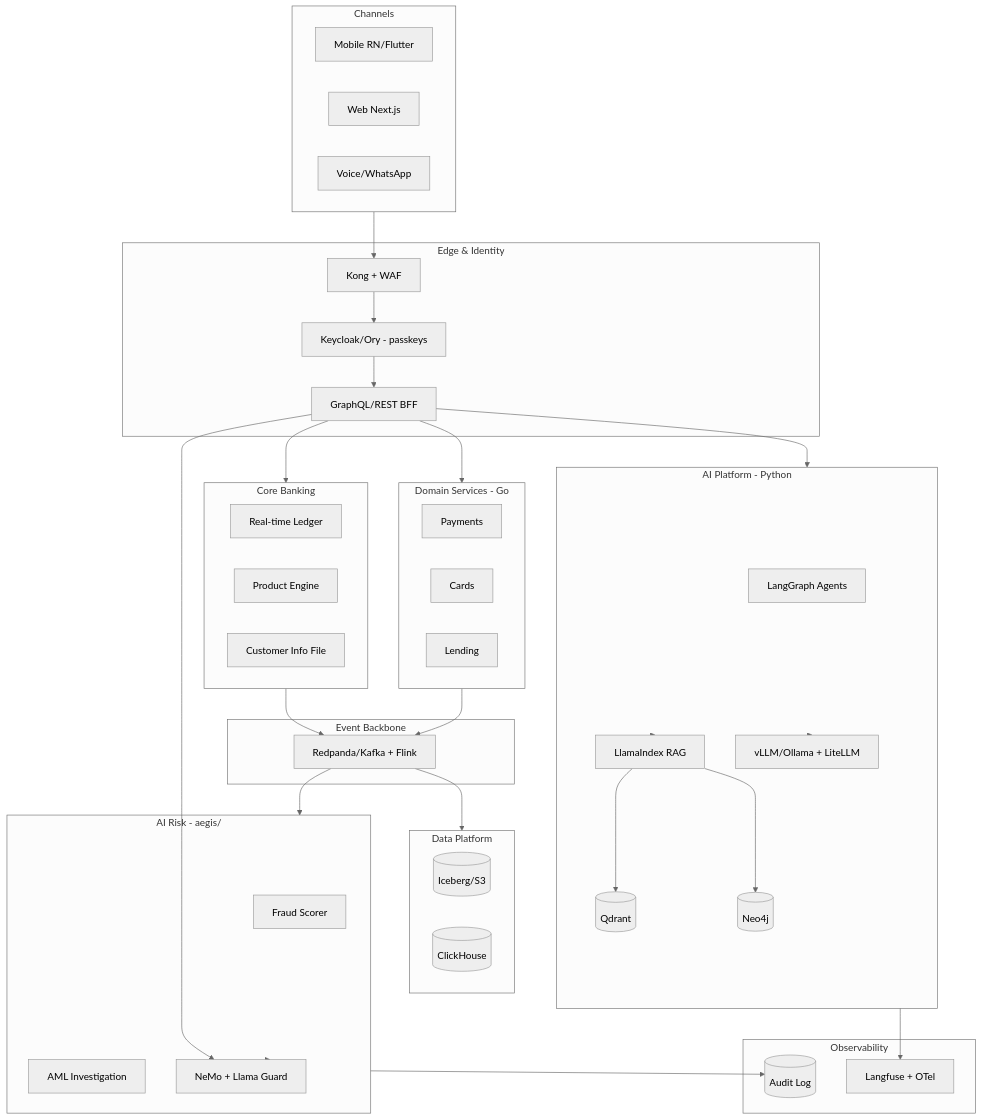
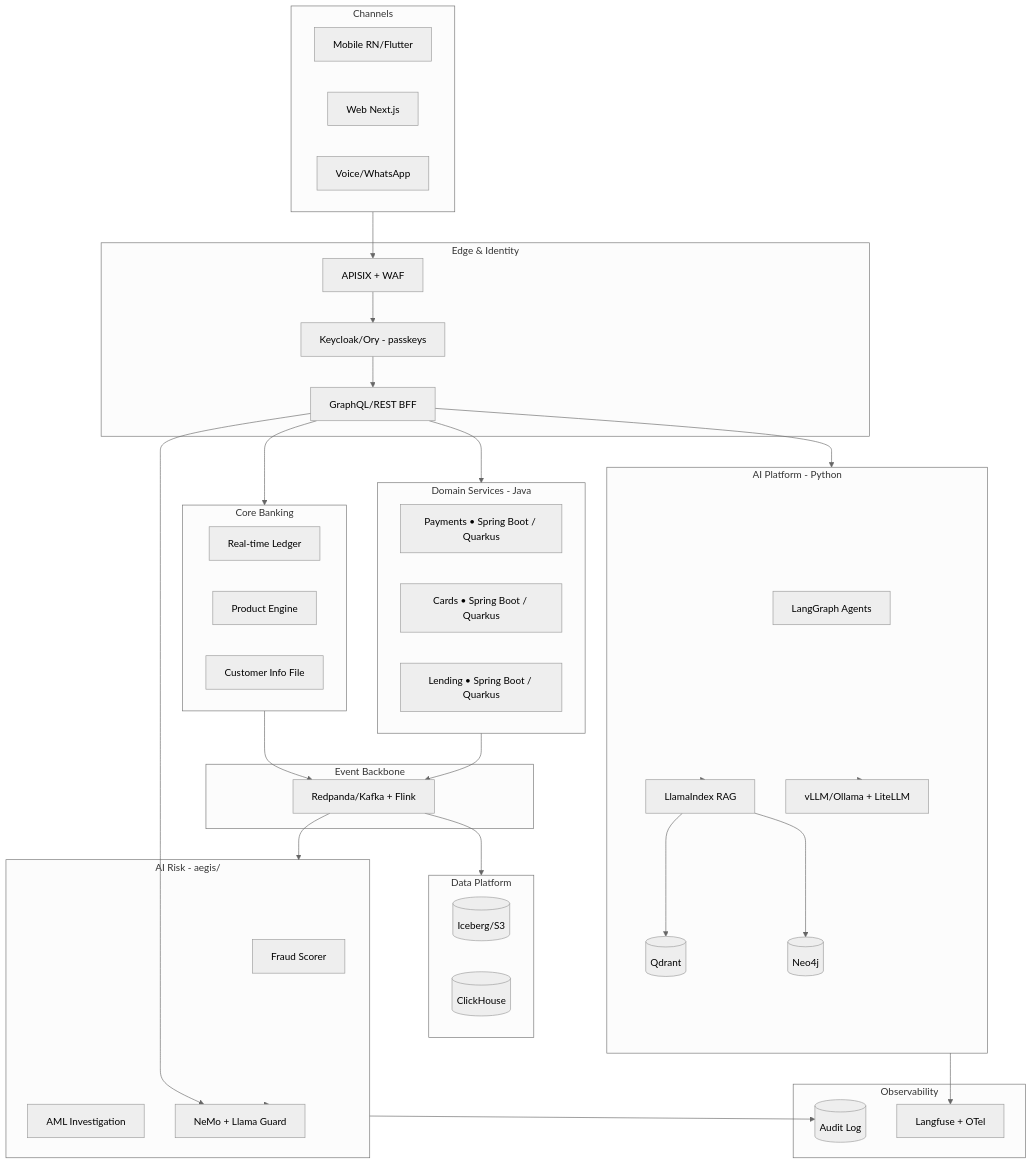
Before and after one commit to jsavinash/aegis-bank: the diagram in aegis-documentation/03_system_and_architecture/03_high_level_design_hld/01_end_to_end_system_architecture.mmd, drawn with Mermaid (neutral theme). The commit also changed 2 other files, not shown here.

Commit message:
docs: switch HLD service diagrams from Go to Java and Kong to APISIX

```diff
--- a/aegis-documentation/03_system_and_architecture/03_high_level_design_hld/01_end_to_end_system_architecture.mmd
+++ b/aegis-documentation/03_system_and_architecture/03_high_level_design_hld/01_end_to_end_system_architecture.mmd
@@ -1,58 +1,58 @@
 flowchart TD
     subgraph CH[Channels]
         Mob[Mobile RN/Flutter]
         Web[Web Next.js]
         Voice[Voice/WhatsApp]
     end
     subgraph EDGE[Edge & Identity]
-        GW[Kong + WAF]
+        GW[APISIX + WAF]
         ID[Keycloak/Ory - passkeys]
         BFF[GraphQL/REST BFF]
     end
     subgraph CORE[Core Banking]
         LEDGER[Real-time Ledger]
         PRODUCTS[Product Engine]
         CIF[Customer Info File]
     end
-    subgraph SVC[Domain Services - Go]
-        PAY[Payments]
-        CARD[Cards]
-        LEND[Lending]
+    subgraph SVC[Domain Services - Java]
+        PAY[Payments • Spring Boot / Quarkus]
+        CARD[Cards • Spring Boot / Quarkus]
+        LEND[Lending • Spring Boot / Quarkus]
     end
     subgraph BUS[Event Backbone]
         KAFKA[Redpanda/Kafka + Flink]
     end
     subgraph AI[AI Platform - Python]
         AGENTS[LangGraph Agents]
         RAG[LlamaIndex RAG]
         VEC[(Qdrant)]
         GRAPH[(Neo4j)]
         VLLM[vLLM/Ollama + LiteLLM]
     end
     subgraph RISK[AI Risk - aegis/]
         FRAUD[Fraud Scorer]
         AML[AML Investigation]
         GUARD[NeMo + Llama Guard]
     end
     subgraph DATA[Data Platform]
         ICE[(Iceberg/S3)]
         OLAP[(ClickHouse)]
     end
     subgraph OBS[Observability]
         LF[Langfuse + OTel]
         AUDIT[(Audit Log)]
     end
     CH --> GW --> ID --> BFF
     BFF --> CORE
     BFF --> SVC
     BFF --> AI
     CORE --> KAFKA
     SVC --> KAFKA
     KAFKA --> RISK
     KAFKA --> DATA
     AI --> RAG --> VEC & GRAPH
     AI --> VLLM
     RISK --> GUARD
     BFF --> GUARD
     RISK --> AUDIT
     AI --> LF
```
